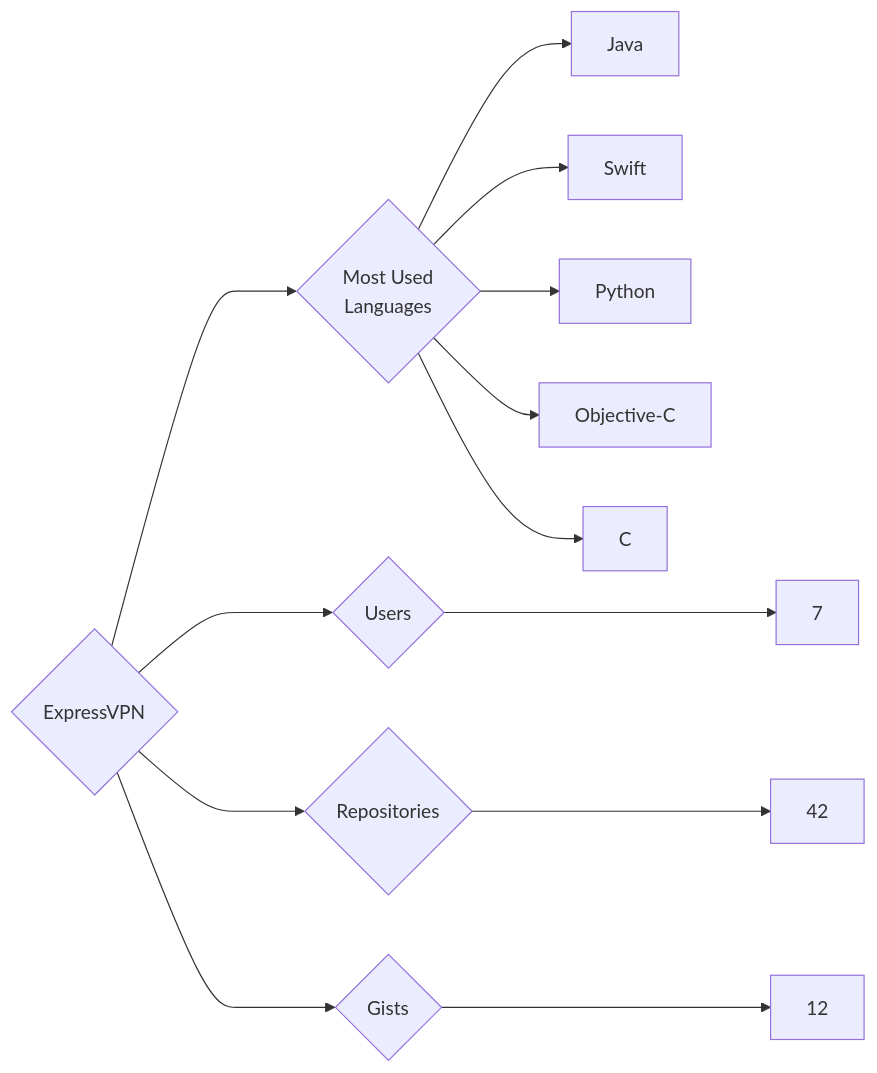
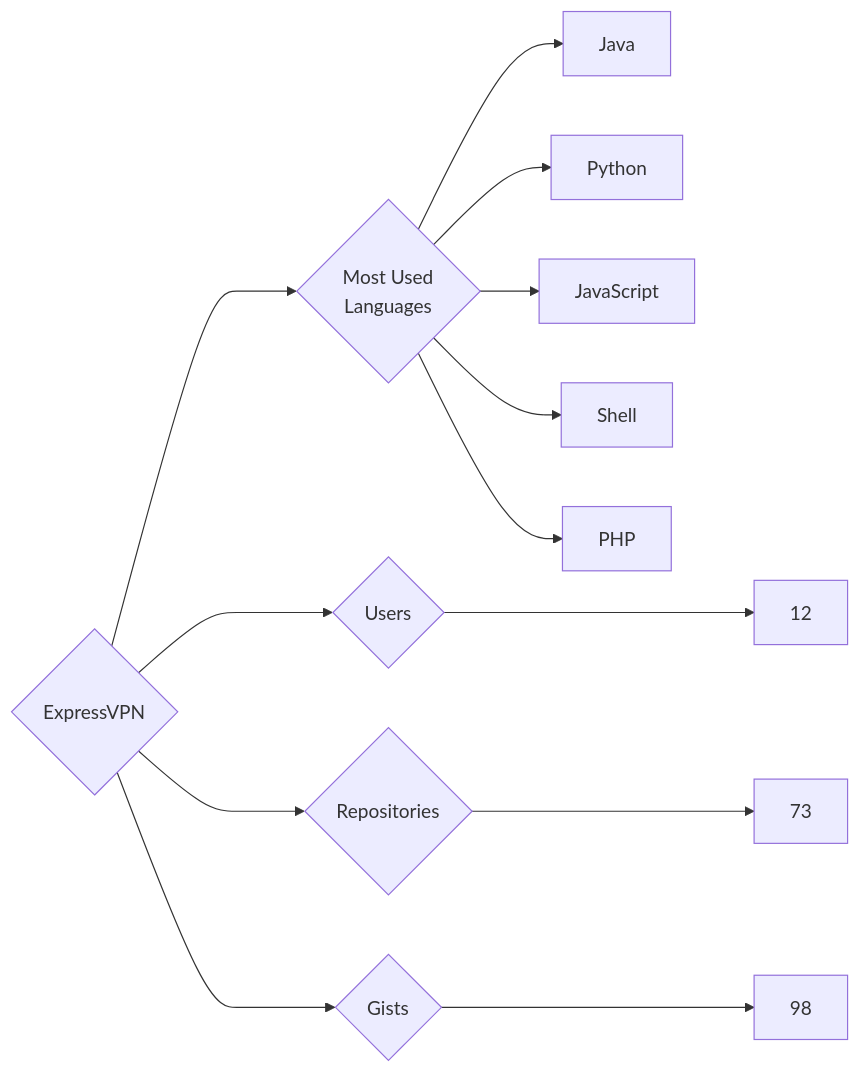
Before and after one commit to trickest/insiders: the diagram in targets/ExpressVPN/README.md, drawn with Mermaid. The commit also changed 953 other files, not shown here.

````diff
--- a/targets/ExpressVPN/README.md
+++ b/targets/ExpressVPN/README.md
@@ -3,13 +3,13 @@
 ```mermaid
 graph LR
 COMPANY_NAME{ExpressVPN}
-COMPANY_NAME ---> U{Users} ---> UN[7]
-COMPANY_NAME ---> R{Repositories} ---> RN[42]
-COMPANY_NAME ---> G{Gists} ---> GN[12]
+COMPANY_NAME ---> U{Users} ---> UN[12]
+COMPANY_NAME ---> R{Repositories} ---> RN[73]
+COMPANY_NAME ---> G{Gists} ---> GN[98]
 COMPANY_NAME ---> ML{Most Used<br>Languages}
 ML --> Java[Java]
-ML --> Swift[Swift]
 ML --> Python[Python]
-ML --> Objective-C[Objective-C]
-ML --> C[C]
+ML --> JavaScript[JavaScript]
+ML --> Shell[Shell]
+ML --> PHP[PHP]
 ```
````
